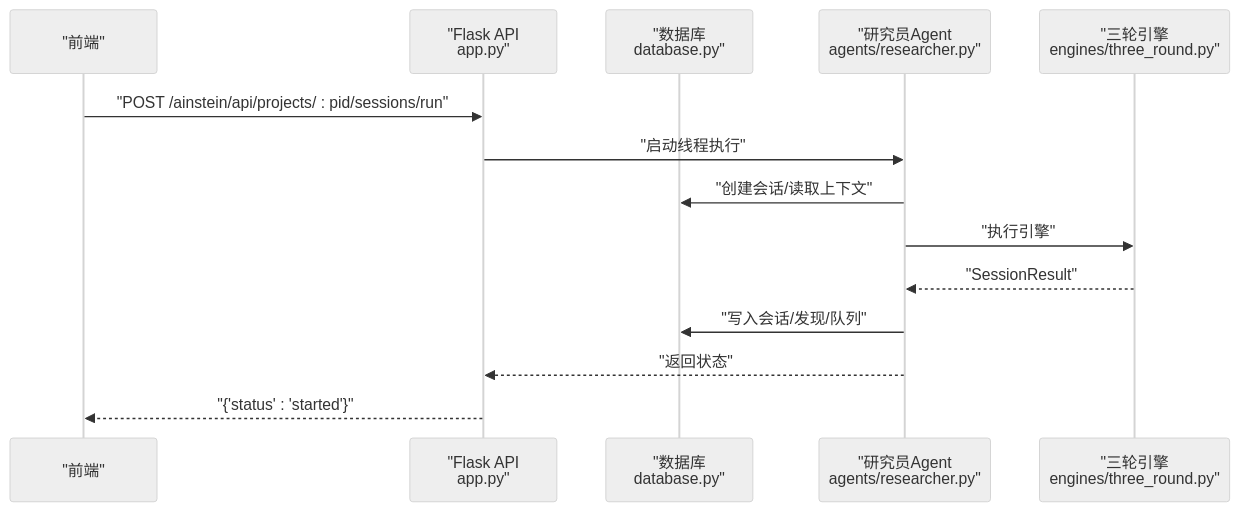
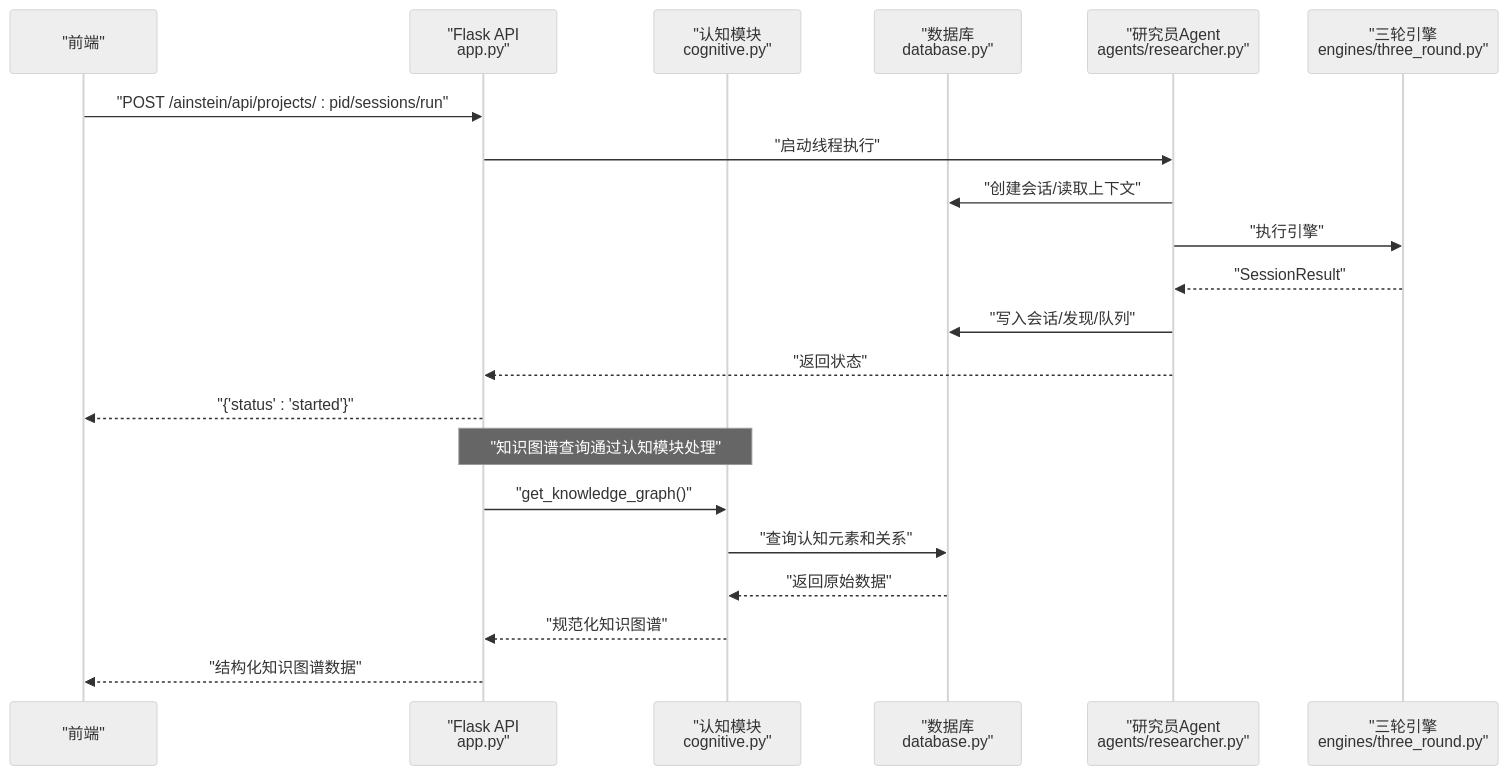
One commit to GDY-ai/ainstein changed the fourth of 6 diagrams in .qoder/repowiki/zh/content/前端应用/API集成.md. Above: the diagram before and after it, drawn with Mermaid (neutral theme). The commit also changed other lines of this file and 47 other files, not shown here.

````diff
--- a/.qoder/repowiki/zh/content/前端应用/API集成.md
+++ b/.qoder/repowiki/zh/content/前端应用/API集成.md
@@ -212,16 +278,23 @@
 ```mermaid
 sequenceDiagram
 participant FE as "前端"
 participant API as "Flask API<br/>app.py"
+participant Cog as "认知模块<br/>cognitive.py"
 participant DB as "数据库<br/>database.py"
 participant AG as "研究员Agent<br/>agents/researcher.py"
 participant ENG as "三轮引擎<br/>engines/three_round.py"
 FE->>API : "POST /ainstein/api/projects/ : pid/sessions/run"
 API->>AG : "启动线程执行"
 AG->>DB : "创建会话/读取上下文"
 AG->>ENG : "执行引擎"
 ENG-->>AG : "SessionResult"
 AG->>DB : "写入会话/发现/队列"
 AG-->>API : "返回状态"
 API-->>FE : "{'status' : 'started'}"
+Note over API,Cog : "知识图谱查询通过认知模块处理"
+API->>Cog : "get_knowledge_graph()"
+Cog->>DB : "查询认知元素和关系"
+DB-->>Cog : "返回原始数据"
+Cog-->>API : "规范化知识图谱"
+API-->>FE : "结构化知识图谱数据"
 ```
````
